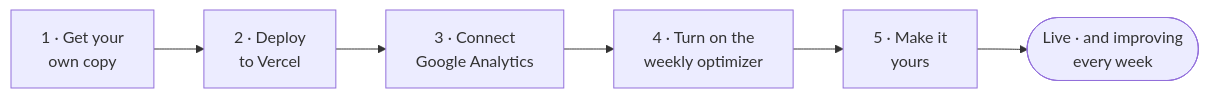
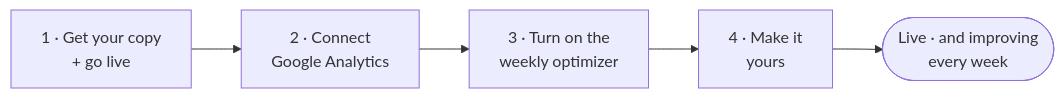
The first of 3 diagrams in docs/GO-LIVE.md (Philm-moxywolf/Adaptive-Landing-Page-Creator), drawn with Mermaid before and after one commit. The commit also changed other lines of this file and 5 other files, not shown here.

````diff
--- a/docs/GO-LIVE.md
+++ b/docs/GO-LIVE.md
@@ -11,8 +11,7 @@
 ```mermaid
 flowchart LR
-    A["1 · Get your<br/>own copy"] --> B["2 · Deploy<br/>to Vercel"]
-    B --> C["3 · Connect<br/>Google Analytics"]
-    C --> D["4 · Turn on the<br/>weekly optimizer"]
-    D --> E["5 · Make it<br/>yours"]
+    A["1 · Get your copy<br/>+ go live"] --> C["2 · Connect<br/>Google Analytics"]
+    C --> D["3 · Turn on the<br/>weekly optimizer"]
+    D --> E["4 · Make it<br/>yours"]
     E --> F(["Live · and improving<br/>every week"])
 ```
````
